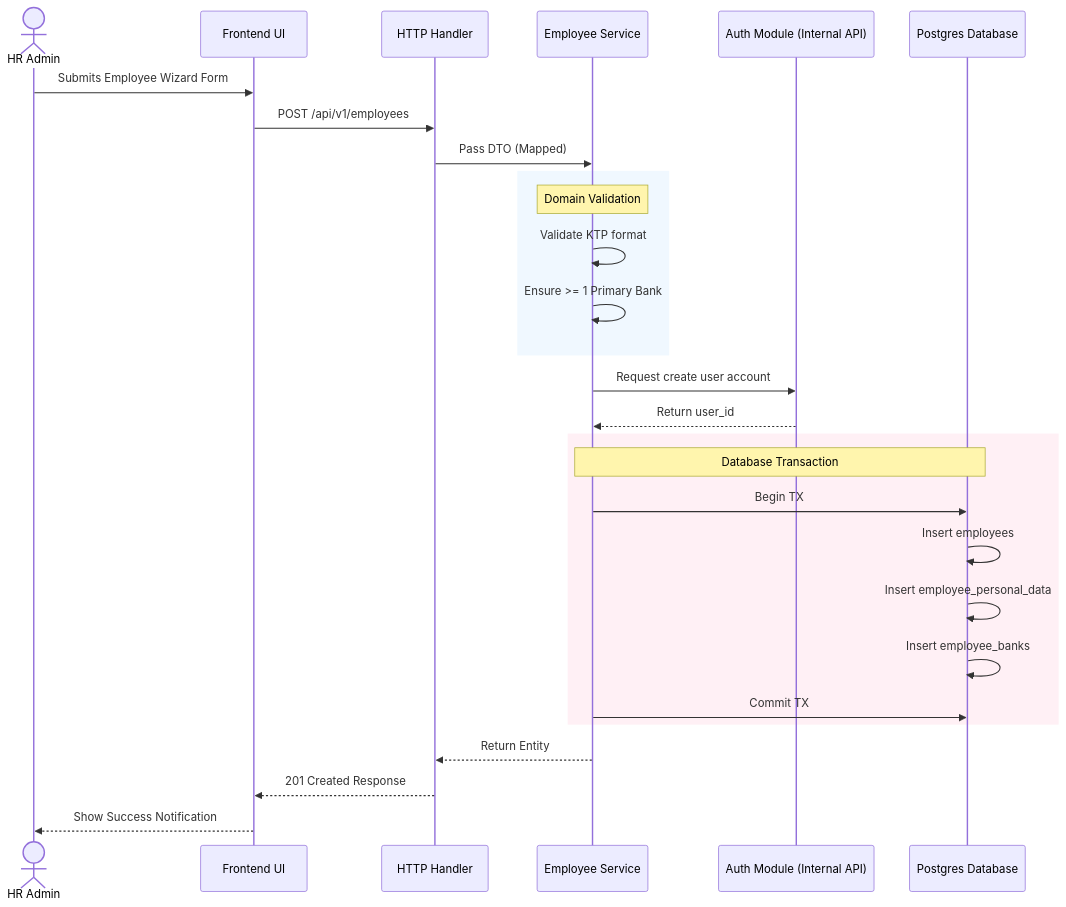
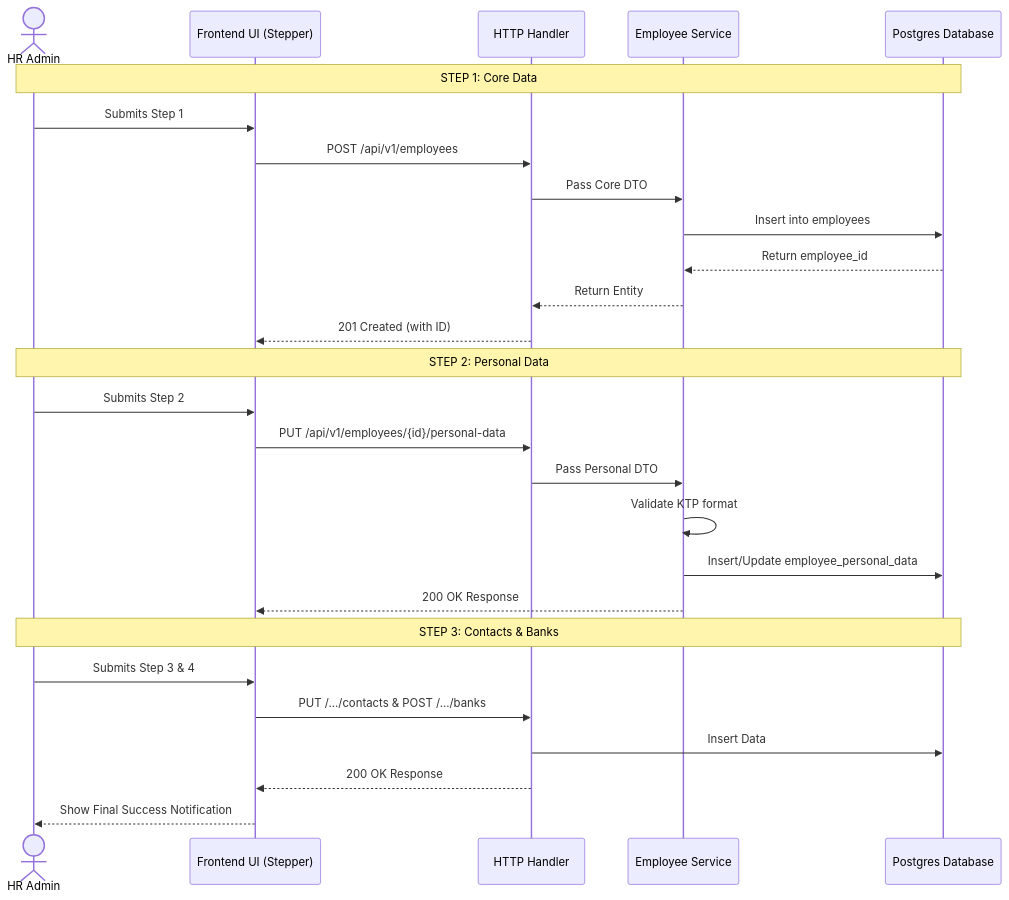
The diagram in docs/technical/employee/user-stories.md (bagusyanuar/hris-backend), drawn with Mermaid before and after one commit. The commit also changed other lines of this file and 3 other files, not shown here.

````diff
--- a/docs/technical/employee/user-stories.md
+++ b/docs/technical/employee/user-stories.md
@@ -32,35 +32,32 @@
 ```mermaid
 sequenceDiagram
     actor Admin as HR Admin
-    participant FE as Frontend UI
+    participant FE as Frontend UI (Stepper)
     participant Handler as HTTP Handler
     participant Svc as Employee Service
-    participant Auth as Auth Module (Internal API)
     participant DB as Postgres Database
 
-    Admin->>FE: Submits Employee Wizard Form
+    Note over Admin, DB: STEP 1: Core Data
+    Admin->>FE: Submits Step 1
     FE->>Handler: POST /api/v1/employees
-    Handler->>Svc: Pass DTO (Mapped)
-    
-    rect rgb(240, 248, 255)
-        Note over Svc: Domain Validation
-        Svc->>Svc: Validate KTP format
-        Svc->>Svc: Ensure >= 1 Primary Bank
-    end
-    
-    Svc->>Auth: Request create user account
-    Auth-->>Svc: Return user_id
-    
-    rect rgb(255, 240, 245)
-        Note over Svc, DB: Database Transaction
-        Svc->>DB: Begin TX
-        DB->>DB: Insert employees
-        DB->>DB: Insert employee_personal_data
-        DB->>DB: Insert employee_banks
-        Svc->>DB: Commit TX
-    end
-    
+    Handler->>Svc: Pass Core DTO
+    Svc->>DB: Insert into employees
+    DB-->>Svc: Return employee_id
     Svc-->>Handler: Return Entity
-    Handler-->>FE: 201 Created Response
-    FE-->>Admin: Show Success Notification
+    Handler-->>FE: 201 Created (with ID)
+
+    Note over Admin, DB: STEP 2: Personal Data
+    Admin->>FE: Submits Step 2
+    FE->>Handler: PUT /api/v1/employees/{id}/personal-data
+    Handler->>Svc: Pass Personal DTO
+    Svc->>Svc: Validate KTP format
+    Svc->>DB: Insert/Update employee_personal_data
+    Svc-->>FE: 200 OK Response
+
+    Note over Admin, DB: STEP 3: Contacts & Banks
+    Admin->>FE: Submits Step 3 & 4
+    FE->>Handler: PUT /.../contacts & POST /.../banks
+    Handler->>DB: Insert Data
+    Handler-->>FE: 200 OK Response
+    FE-->>Admin: Show Final Success Notification
 ```
````
